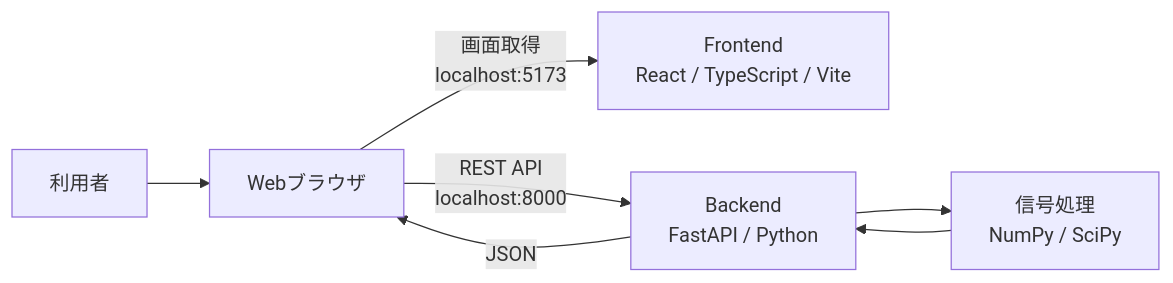
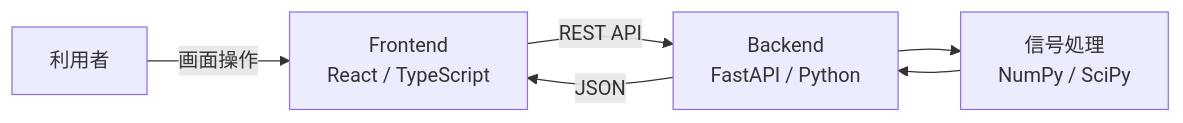
Before and after one commit to ryoma-1999/eeg-analysis-platform: the first of 5 diagrams in doc/02_システム構成.md, drawn with Mermaid. The commit also changed other lines of this file, not shown here.

Commit message:
システム全体構成図の処理経路を修正

````diff
--- a/doc/02_システム構成.md
+++ b/doc/02_システム構成.md
@@ -35,15 +35,13 @@
 ```mermaid
 flowchart LR
     U["利用者"]
-    W["Webブラウザ"]
-    F["Frontend<br>React / TypeScript / Vite"]
+    F["Frontend<br>React / TypeScript"]
     B["Backend<br>FastAPI / Python"]
     S["信号処理<br>NumPy / SciPy"]
 
-    U --> W
-    W -->|"画面取得<br>localhost:5173"| F
-    W -->|"REST API<br>localhost:8000"| B
+    U -->|"画面操作"| F
+    F -->|"REST API"| B
     B --> S
     S --> B
-    B -->|"JSON"| W
+    B -->|"JSON"| F
 ```
````
